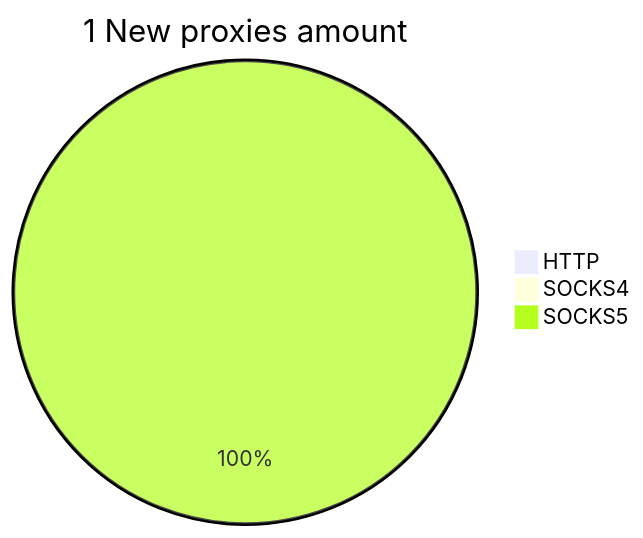
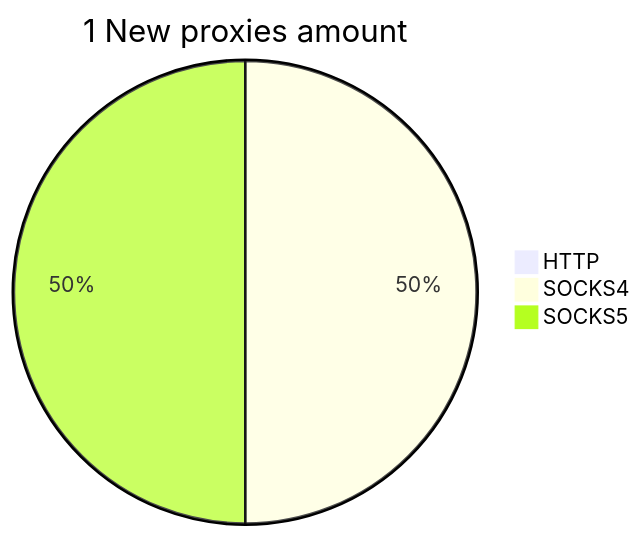
Before and after one commit to cutipu/proxylist: the second of 2 diagrams in README.md, drawn with Mermaid. The commit also changed other lines of this file, not shown here.

````diff
--- a/README.md
+++ b/README.md
@@ -10,6 +10,6 @@
 ```mermaid
 pie title 1 New proxies amount
     "HTTP" : 0
-    "SOCKS4" : 0
-    "SOCKS5" : 3
+    "SOCKS4" : 1
+    "SOCKS5" : 1
 ```
````
